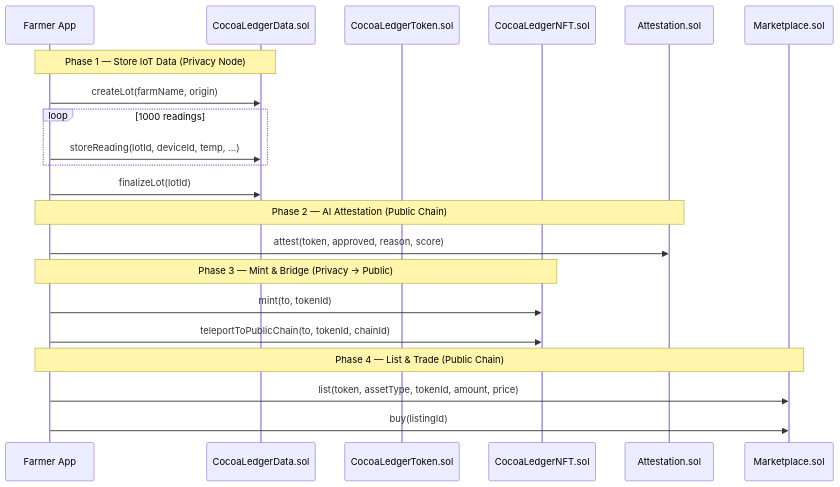
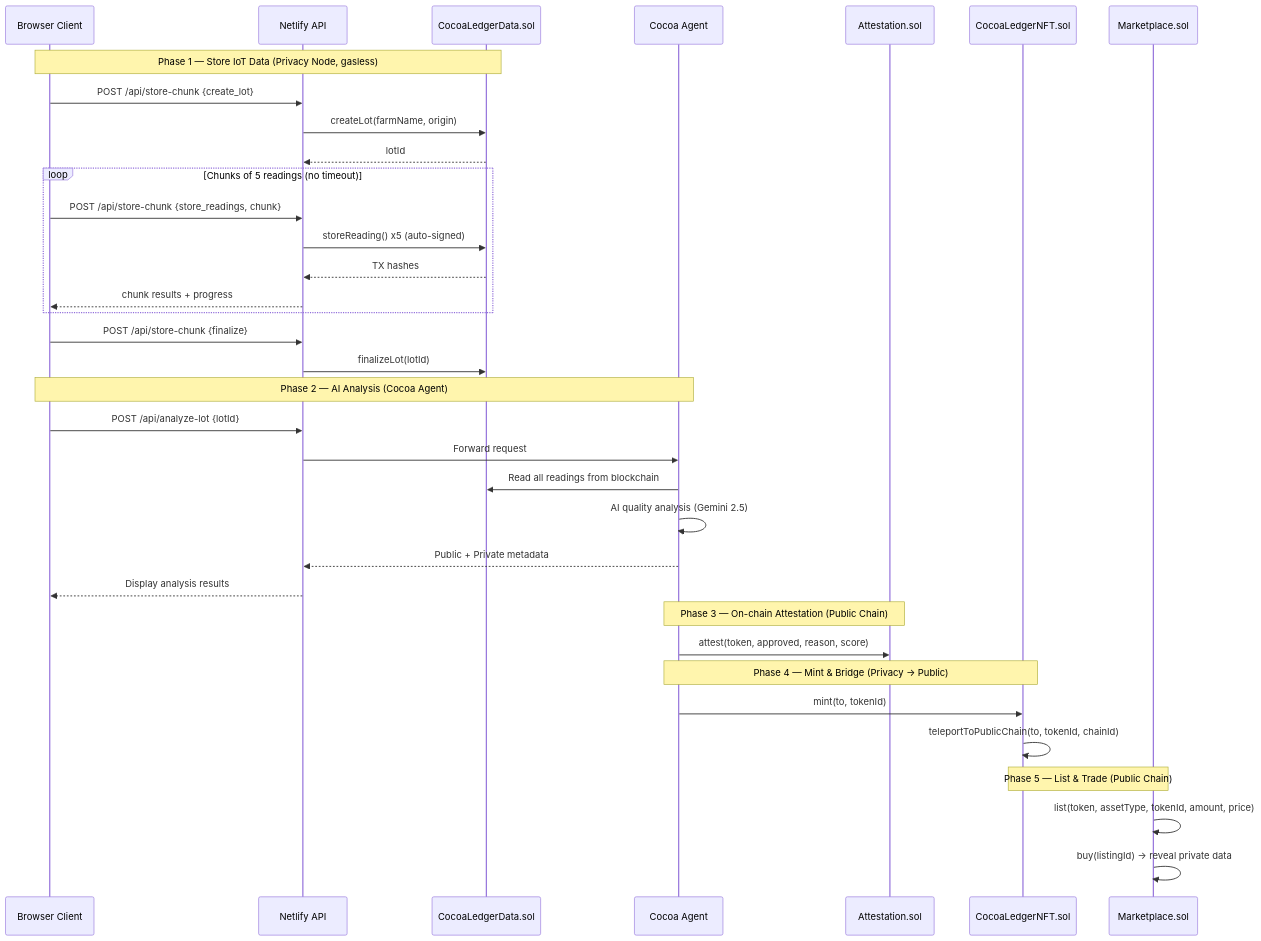
One commit to JulioMCruz/Cocoa-Ledger changed the sixth of 6 diagrams in README.md. Above: the diagram before and after it, drawn with Mermaid. The commit also changed other lines of this file, not shown here.

Commit message:
update architecture diagram with chunked store and netlify proxy (#19)

````diff
--- a/README.md
+++ b/README.md
@@ -293,27 +309,44 @@
 ```mermaid
 sequenceDiagram
-    participant App as Farmer App
+    participant Client as Browser Client
+    participant API as Netlify API
     participant Data as CocoaLedgerData.sol
-    participant Token as CocoaLedgerToken.sol
+    participant Agent as Cocoa Agent
+    participant Attest as Attestation.sol
     participant NFT as CocoaLedgerNFT.sol
-    participant Attest as Attestation.sol
     participant Market as Marketplace.sol
 
-    Note over App,Data: Phase 1 — Store IoT Data (Privacy Node)
-    App->>Data: createLot(farmName, origin)
-    loop 1000 readings
-        App->>Data: storeReading(lotId, deviceId, temp, ...)
+    Note over Client,Data: Phase 1 — Store IoT Data (Privacy Node, gasless)
+    Client->>API: POST /api/store-chunk {create_lot}
+    API->>Data: createLot(farmName, origin)
+    Data-->>API: lotId
+
+    loop Chunks of 5 readings (no timeout)
+        Client->>API: POST /api/store-chunk {store_readings, chunk}
+        API->>Data: storeReading() x5 (auto-signed)
+        Data-->>API: TX hashes
+        API-->>Client: chunk results + progress
     end
-    App->>Data: finalizeLot(lotId)
 
-    Note over App,Attest: Phase 2 — AI Attestation (Public Chain)
-    App->>Attest: attest(token, approved, reason, score)
+    Client->>API: POST /api/store-chunk {finalize}
+    API->>Data: finalizeLot(lotId)
 
-    Note over App,NFT: Phase 3 — Mint & Bridge (Privacy → Public)
-    App->>NFT: mint(to, tokenId)
-    App->>NFT: teleportToPublicChain(to, tokenId, chainId)
+    Note over Client,Agent: Phase 2 — AI Analysis (Cocoa Agent)
+    Client->>API: POST /api/analyze-lot {lotId}
+    API->>Agent: Forward request
+    Agent->>Data: Read all readings from blockchain
+    Agent->>Agent: AI quality analysis (Gemini 2.5)
+    Agent-->>API: Public + Private metadata
+    API-->>Client: Display analysis results
 
-    Note over App,Market: Phase 4 — List & Trade (Public Chain)
-    App->>Market: list(token, assetType, tokenId, amount, price)
-    App->>Market: buy(listingId)
+    Note over Agent,Attest: Phase 3 — On-chain Attestation (Public Chain)
+    Agent->>Attest: attest(token, approved, reason, score)
+
+    Note over Agent,NFT: Phase 4 — Mint & Bridge (Privacy → Public)
+    Agent->>NFT: mint(to, tokenId)
+    NFT->>NFT: teleportToPublicChain(to, tokenId, chainId)
+
+    Note over NFT,Market: Phase 5 — List & Trade (Public Chain)
+    Market->>Market: list(token, assetType, tokenId, amount, price)
+    Market->>Market: buy(listingId) → reveal private data
 ```
````
